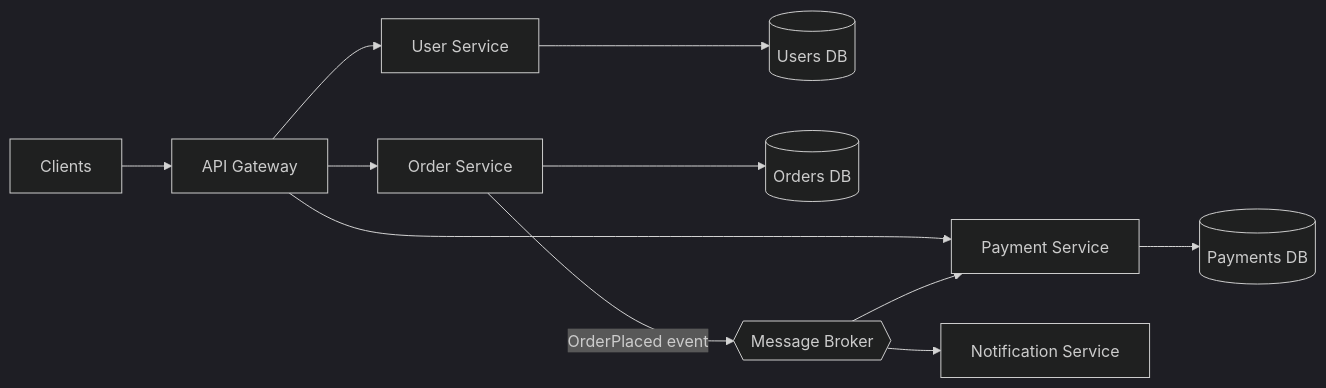
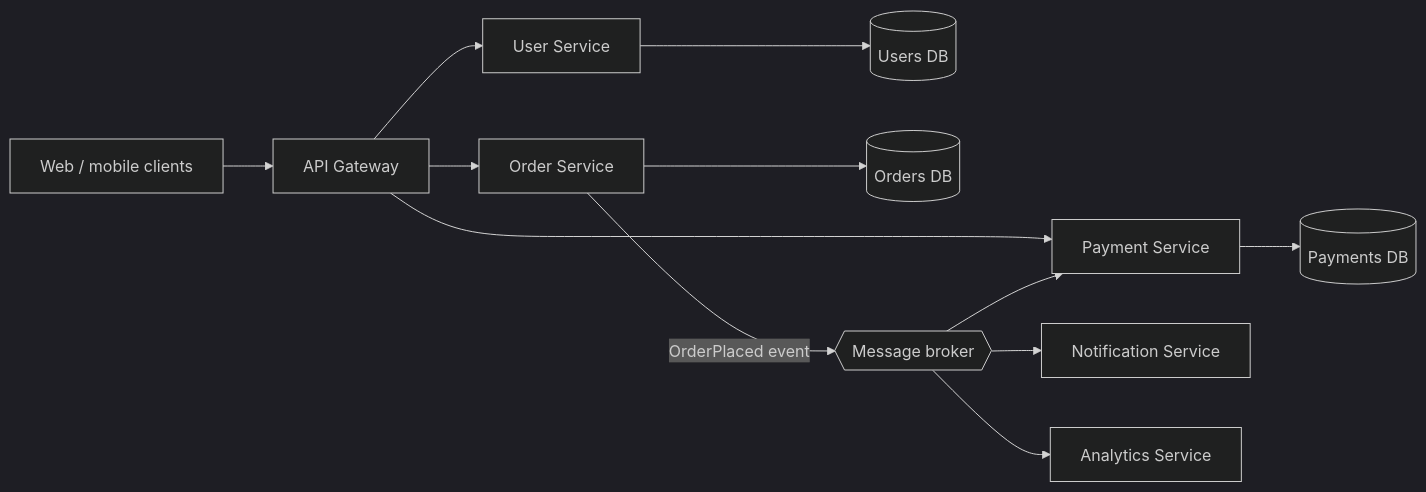
One commit to hshtgbrendo/software-dev-prep changed the second of 5 diagrams in design/2 Architecture/Architectural Styles.md. Above: the diagram before and after it, drawn with Mermaid (dark theme). The commit also changed other lines of this file and 28 other files, not shown here.

````diff
--- a/design/2 Architecture/Architectural Styles.md
+++ b/design/2 Architecture/Architectural Styles.md
@@ -65,10 +140,11 @@
 ```mermaid
 flowchart LR
-  C[Clients] --> GW[API Gateway]
+  C[Web / mobile clients] --> GW[API Gateway]
   GW --> U[User Service] --> UDB[(Users DB)]
   GW --> O[Order Service] --> ODB[(Orders DB)]
   GW --> P[Payment Service] --> PDB[(Payments DB)]
-  O -- "OrderPlaced event" --> K{{Message Broker}}
+  O -- "OrderPlaced event" --> K{{Message broker}}
   K --> P
   K --> N[Notification Service]
+  K --> A[Analytics Service]
 ```
````
